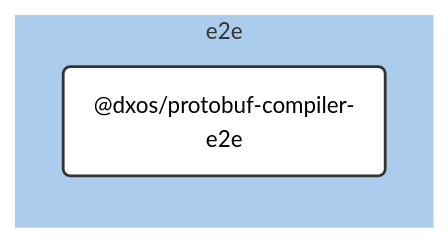
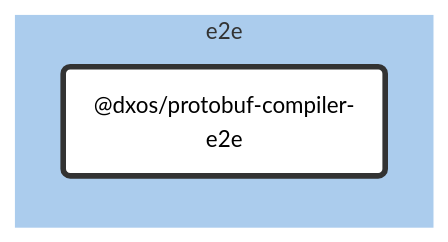
One commit to dxos/dxos changed the diagram in e2e/protobuf-compiler/docs/README.md. Above: the diagram before and after it, drawn with Mermaid (forest theme). The commit also changed 683 other files, not shown here.

````diff
--- a/e2e/protobuf-compiler/docs/README.md
+++ b/e2e/protobuf-compiler/docs/README.md
@@ -7,25 +7,20 @@
 ```mermaid
 %%{ init: {'flowchart':{'curve':'basis'}} }%%
 
 flowchart LR
 
-%% Links
+%% Classes
+classDef def fill:#fff,stroke:#333,stroke-width:1px
+classDef root fill:#fff,stroke:#333,stroke-width:4px
 
-%% Sections
-subgraph e2e
-  style e2e fill:#abcced,stroke:#fff;
+%% Nodes
 
-  dxos/protobuf-compiler-e2e("@dxos/protobuf-compiler-e2e")
+subgraph e2e [e2e]
+  style e2e fill:#abcced,stroke:#fff
+  dxos/protobuf-compiler-e2e("@dxos/protobuf-compiler-e2e"):::root
+  click dxos/protobuf-compiler-e2e "dxos/dxos/tree/main/e2e/protobuf-compiler/docs"
 end
 
-
-%% Hyperlinks
-
-%% Styles
-classDef rootNode fill:#fff,stroke:#333,stroke-width:2px
-classDef defaultNode fill:#fff,stroke:#333,stroke-width:1px
+%% Links
 linkStyle default stroke:#333,stroke-width:1px
-
-dxos/protobuf-compiler-e2e:::rootNode
-
 ```
````
